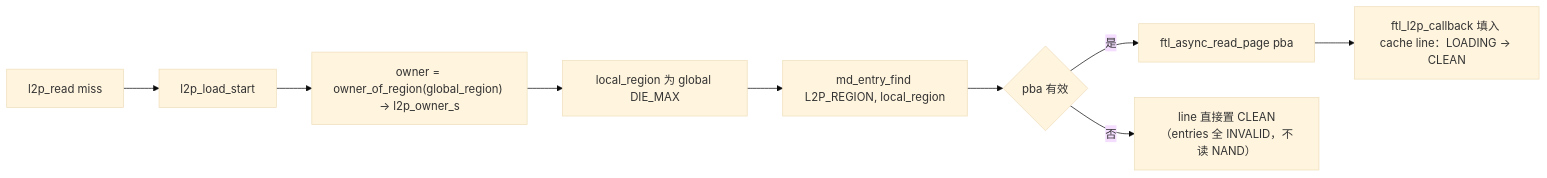
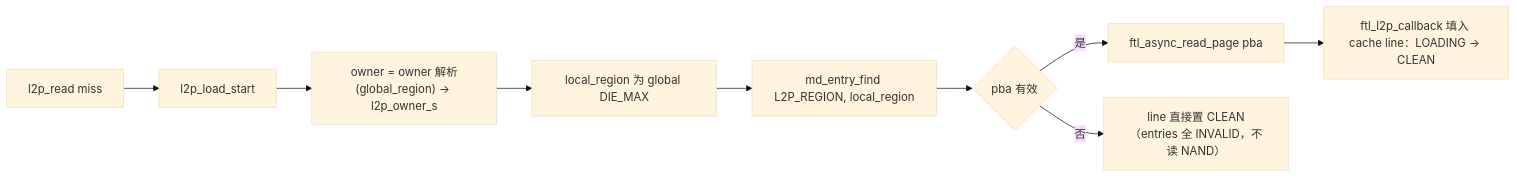
One commit to YzYMIAO/BASESSD changed the tenth of 36 diagrams in docs/design/ftl_design.md. Above: the diagram before and after it, drawn with Mermaid (base theme). The commit also changed other lines of this file and 49 other files, not shown here.

````diff
--- a/docs/design/ftl_design.md
+++ b/docs/design/ftl_design.md
@@ -1898,11 +1826,11 @@
 ```mermaid
 flowchart LR
-    A["l2p_read miss"] --> B["l2p_load_start"]
-    B --> C["owner = owner_of_region(global_region) → l2p_owner_s"]
-    C --> D["local_region 为 global DIE_MAX"]
-    D --> E["md_entry_find L2P_REGION, local_region"]
-    E --> F{"pba 有效"}
-    F -- "是" --> G["ftl_async_read_page pba"]
-    G --> I["ftl_l2p_callback 填入 cache line：LOADING → CLEAN"]
-    F -- "否" --> H["line 直接置 CLEAN（entries 全 INVALID，不读 NAND）"]
+ A["l2p_read miss"] --> B["l2p_load_start"]
+ B --> C["owner = owner 解析(global_region) → l2p_owner_s"]
+ C --> D["local_region 为 global DIE_MAX"]
+ D --> E["md_entry_find L2P_REGION, local_region"]
+ E --> F{"pba 有效"}
+ F -- "是" --> G["ftl_async_read_page pba"]
+ G --> I["ftl_l2p_callback 填入 cache line：LOADING → CLEAN"]
+ F -- "否" --> H["line 直接置 CLEAN（entries 全 INVALID，不读 NAND）"]
 ```
````
